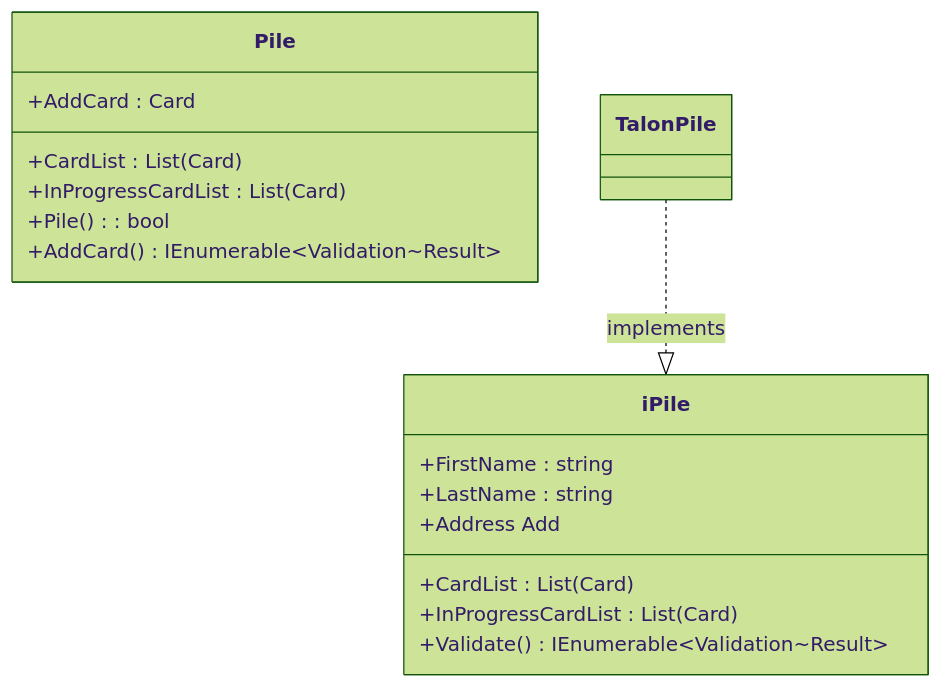
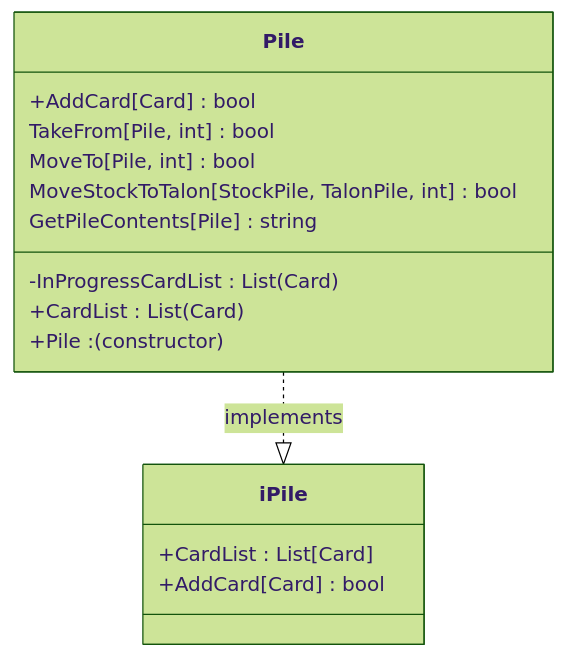
One commit to JChrisCompton/Solitaire_TDD changed the first of 4 diagrams in README.md. Above: the diagram before and after it, drawn with Mermaid (forest theme). The commit also changed other lines of this file, not shown here.

Commit message:
Attempting a classs diagram of Pile implements iPile, but I'm not sure it looks right.

````diff
--- a/README.md
+++ b/README.md
@@ -9,21 +9,19 @@
 ```mermaid
 classDiagram
 	class Pile {
+		+AddCard[Card] : bool
+		TakeFrom[Pile, int] : bool
+		MoveTo[Pile, int] : bool
+		MoveStockToTalon[StockPile, TalonPile, int] : bool
+		GetPileContents[Pile] : string
+		-InProgressCardList : List(Card)
 		+CardList : List(Card)
-		+InProgressCardList : List(Card)
-		+Pile() : bool
-		+AddCard : Card
-		+AddCard() IEnumerable~Validation~Result~
+		+Pile : (constructor)
+	}
+	Pile ..|> iPile : implements
+	class iPile {
+		+CardList : List[Card]
+		+AddCard[Card] : bool
 	}
 	
-	class iPile {
-		+CardList : List(Card)
-		+InProgressCardList : List(Card)
-		+FirstName : string
-		+LastName : string
-		+Address Add
-		+Validate() IEnumerable~Validation~Result~
-	
-	}
-TalonPile ..|> iPile : implements
 ```
````
